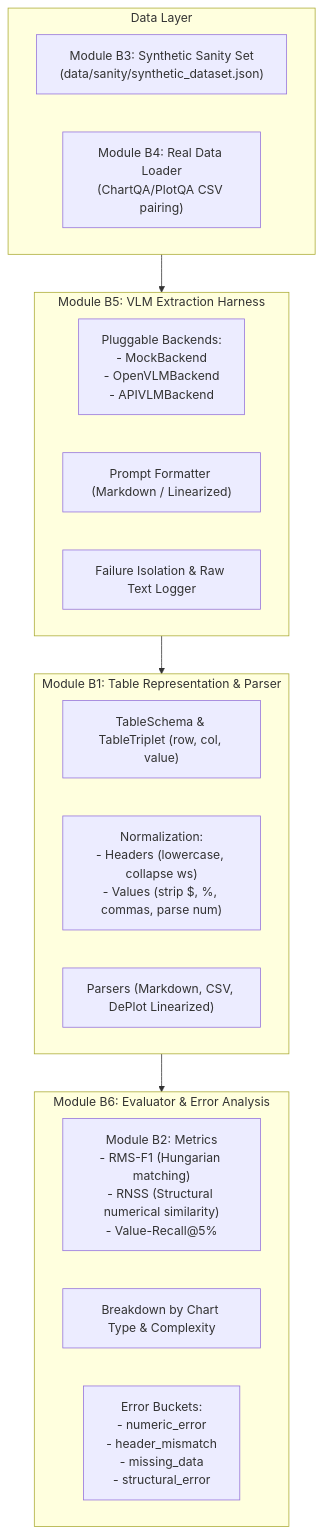
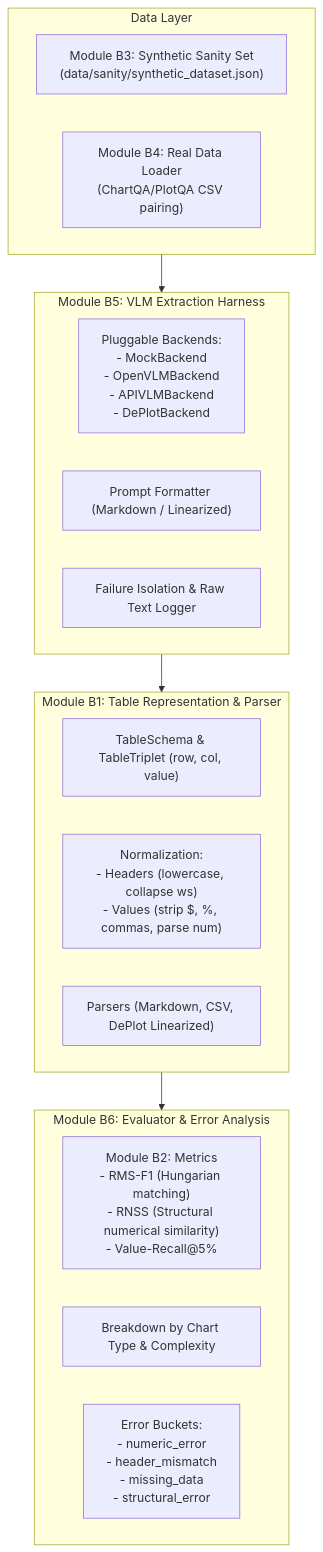
Before and after one commit to theDoub/HK261-DAGD1-081: the diagram in README.md, drawn with Mermaid. The commit also changed other lines of this file and 14 other files, not shown here.

Commit message:
Implement DePlot backend and pipeline for chart-to-table extraction

````diff
--- a/README.md
+++ b/README.md
@@ -13,29 +13,29 @@
 ```mermaid
 flowchart TD
     subgraph DataIngestion["Data Layer"]
         B3["Module B3: Synthetic Sanity Set\n(data/sanity/synthetic_dataset.json)"]
         B4["Module B4: Real Data Loader\n(ChartQA/PlotQA CSV pairing)"]
     end
 
     subgraph Extraction["Module B5: VLM Extraction Harness"]
-        BH["Pluggable Backends:\n- MockBackend\n- OpenVLMBackend\n- APIVLMBackend"]
+        BH["Pluggable Backends:\n- MockBackend\n- OpenVLMBackend\n- APIVLMBackend\n- DePlotBackend"]
         PR["Prompt Formatter (Markdown / Linearized)"]
         EH["Failure Isolation & Raw Text Logger"]
     end
 
     subgraph Representation["Module B1: Table Representation & Parser"]
         TS["TableSchema & TableTriplet (row, col, value)"]
         NORM["Normalization:\n- Headers (lowercase, collapse ws)\n- Values (strip $, %, commas, parse num)"]
         PARS["Parsers (Markdown, CSV, DePlot Linearized)"]
     end
 
     subgraph Evaluation["Module B6: Evaluator & Error Analysis"]
         B2["Module B2: Metrics\n- RMS-F1 (Hungarian matching)\n- RNSS (Structural numerical similarity)\n- Value-Recall@5%"]
         AGG["Breakdown by Chart Type & Complexity"]
         ERR["Error Buckets:\n- numeric_error\n- header_mismatch\n- missing_data\n- structural_error"]
     end
 
     DataIngestion --> Extraction
     Extraction --> Representation
     Representation --> Evaluation
 ```
````
